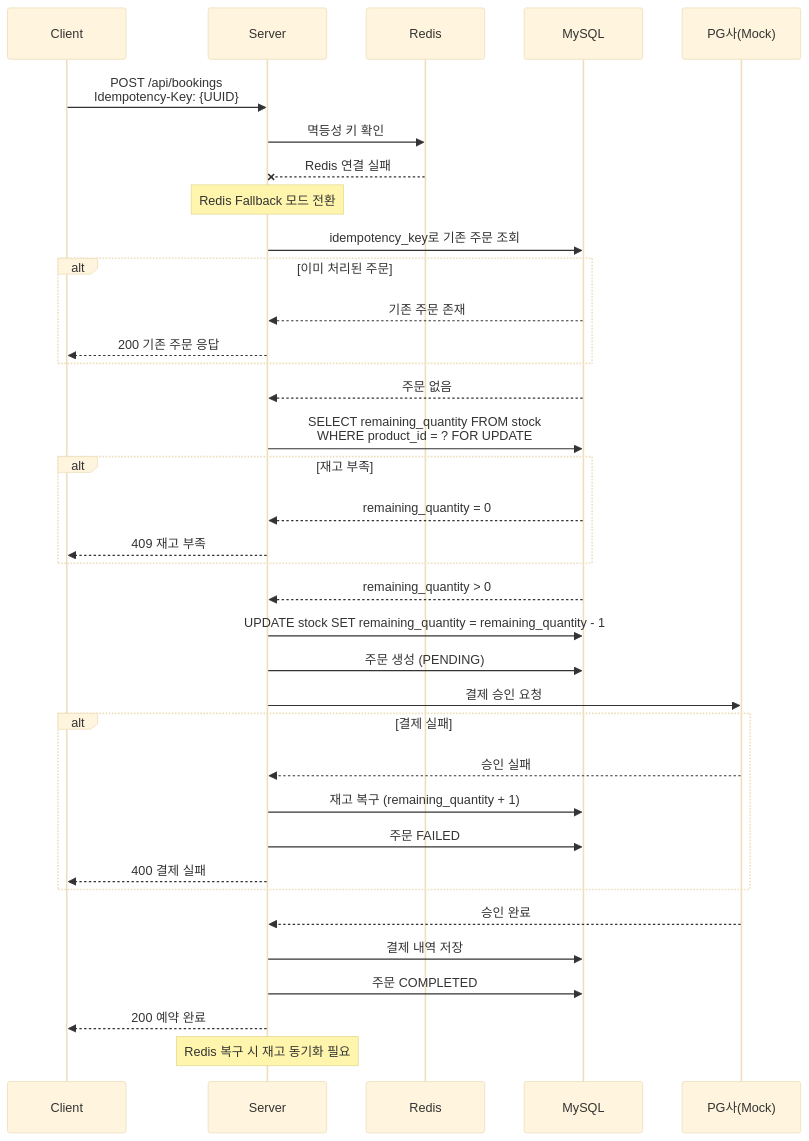
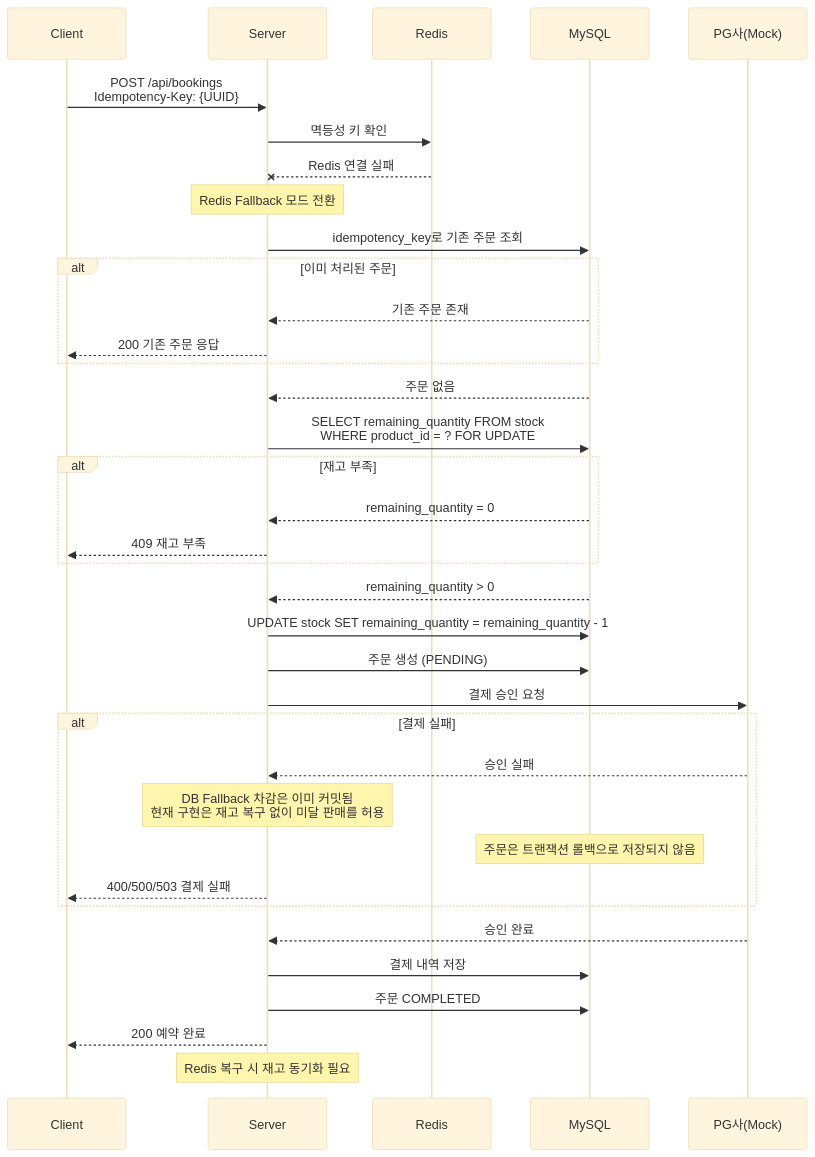
One commit to hyunmin0317/reservation-payment-platform changed the fourth of 5 diagrams in docs/sequence-diagrams.md. Above: the diagram before and after it, drawn with Mermaid (base theme). The commit also changed other lines of this file and 10 other files, not shown here.

````diff
--- a/docs/sequence-diagrams.md
+++ b/docs/sequence-diagrams.md
@@ -147,51 +148,51 @@
 ```mermaid
 sequenceDiagram
     participant C as Client
     participant S as Server
     participant R as Redis
     participant DB as MySQL
     participant PG as PG사(Mock)
 
     C->>S: POST /api/bookings<br/>Idempotency-Key: {UUID}
 
     %% Redis 장애 감지
     S->>R: 멱등성 키 확인
     R--xS: Redis 연결 실패
 
     Note over S: Redis Fallback 모드 전환
 
     %% DB 기반 멱등성 체크
     S->>DB: idempotency_key로 기존 주문 조회
     alt 이미 처리된 주문
         DB-->>S: 기존 주문 존재
         S-->>C: 200 기존 주문 응답
     end
     DB-->>S: 주문 없음
 
     %% DB 비관적 락으로 재고 차감
     S->>DB: SELECT remaining_quantity FROM stock<br/>WHERE product_id = ? FOR UPDATE
     alt 재고 부족
         DB-->>S: remaining_quantity = 0
         S-->>C: 409 재고 부족
     end
     DB-->>S: remaining_quantity > 0
 
     S->>DB: UPDATE stock SET remaining_quantity = remaining_quantity - 1
     S->>DB: 주문 생성 (PENDING)
 
     %% 결제 처리 (정상 플로우와 동일)
     S->>PG: 결제 승인 요청
     alt 결제 실패
         PG-->>S: 승인 실패
-        S->>DB: 재고 복구 (remaining_quantity + 1)
-        S->>DB: 주문 FAILED
-        S-->>C: 400 결제 실패
+        Note over S: DB Fallback 차감은 이미 커밋됨<br/>현재 구현은 재고 복구 없이 미달 판매를 허용
+        Note over DB: 주문은 트랜잭션 롤백으로 저장되지 않음
+        S-->>C: 400/500/503 결제 실패
     end
     PG-->>S: 승인 완료
 
     S->>DB: 결제 내역 저장
     S->>DB: 주문 COMPLETED
     S-->>C: 200 예약 완료
 
     Note over S: Redis 복구 시 재고 동기화 필요
 ```
````
